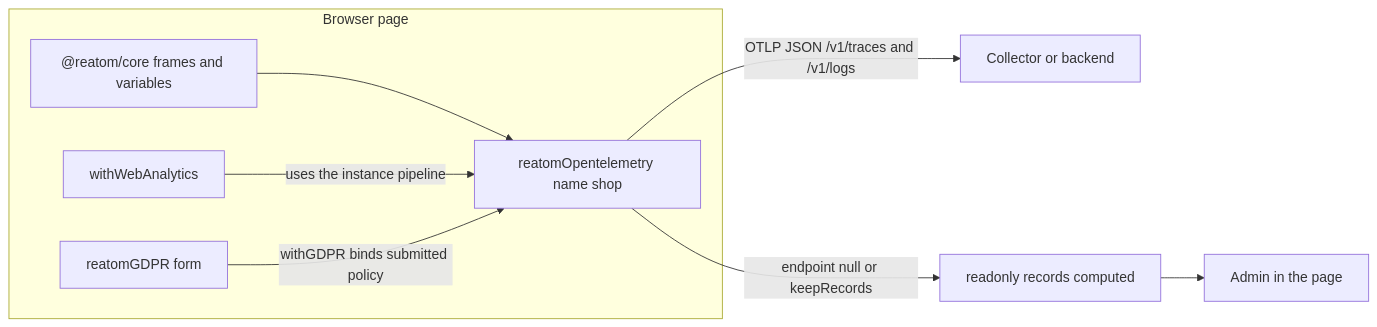
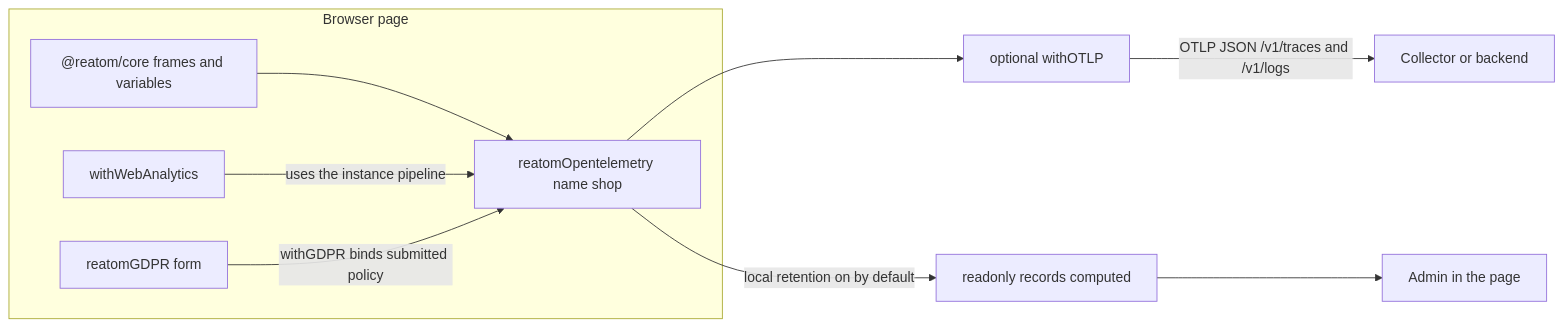
One commit to karupoiss00/reatom changed the second of 13 diagrams in docs/src/content/docs/guides/opentelemetry.md. Above: the diagram before and after it, drawn with Mermaid. The commit also changed other lines of this file and 130 other files, not shown here.

First line of the commit message:
refactor(opentelemetry)!: separate local capture from OTLP export

````diff
--- a/docs/src/content/docs/guides/opentelemetry.md
+++ b/docs/src/content/docs/guides/opentelemetry.md
@@ -54,15 +54,16 @@
 ```mermaid
 flowchart LR
   subgraph app ["Browser page"]
     CORE["@reatom/core frames and variables"]
     OT["reatomOpentelemetry name shop"]
     WA["withWebAnalytics"]
     GDPR["reatomGDPR form"]
     CORE --> OT
     WA -->|"uses the instance pipeline"| OT
     GDPR -->|"withGDPR binds submitted policy"| OT
   end
-  OT -->|"OTLP JSON /v1/traces and /v1/logs"| COL["Collector or backend"]
-  OT -->|"endpoint null or keepRecords"| REC["readonly records computed"]
+  OT --> EXP["optional withOTLP"]
+  EXP -->|"OTLP JSON /v1/traces and /v1/logs"| COL["Collector or backend"]
+  OT -->|"local retention on by default"| REC["readonly records computed"]
   REC --> ADMIN["Admin in the page"]
 ```
````
